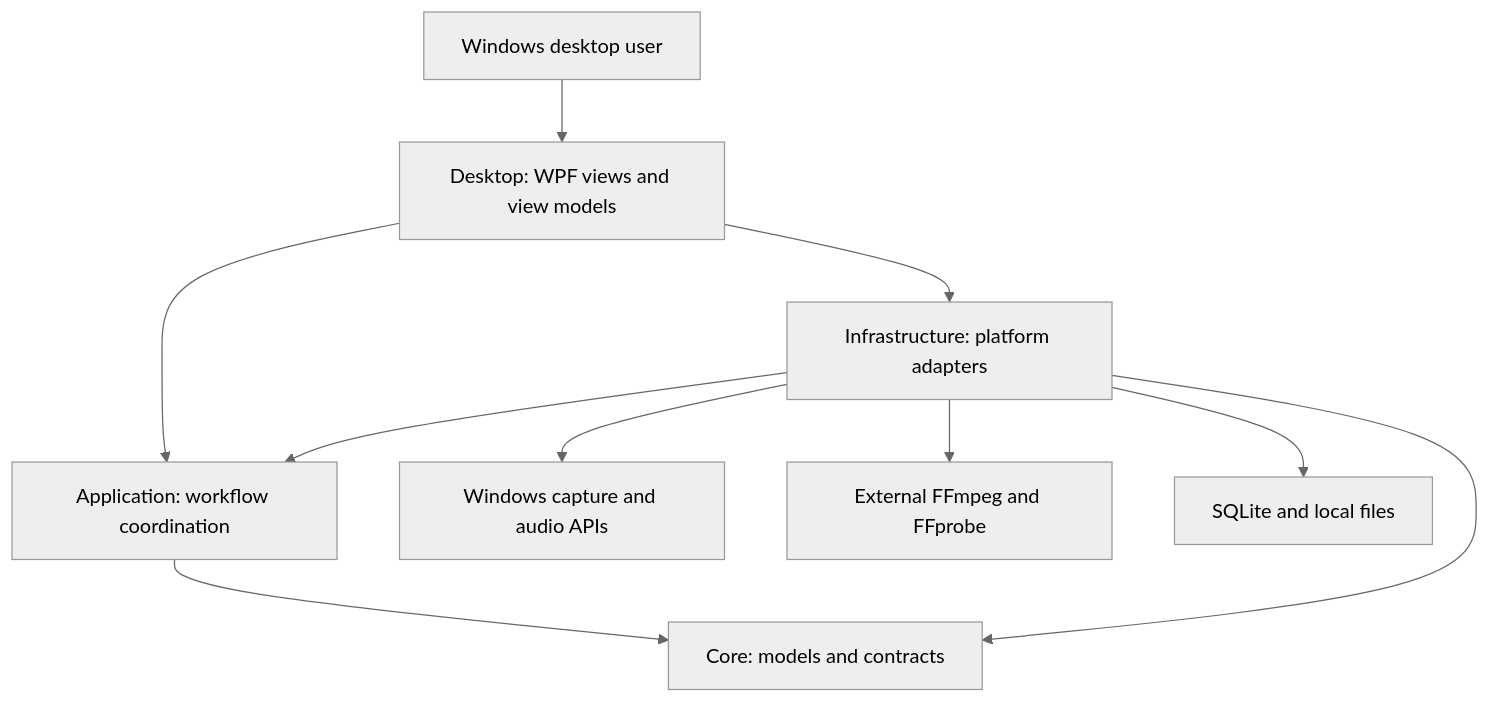
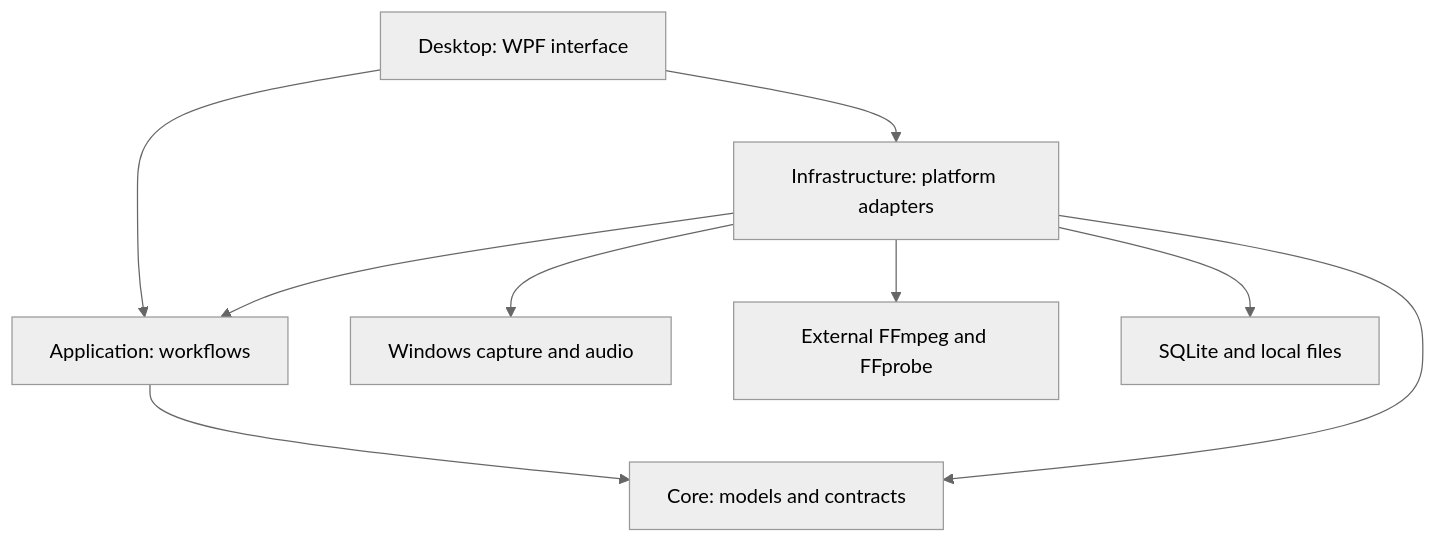
The diagram in README.md (Janith2002/CaptureFlow), drawn with Mermaid (neutral theme) before and after one commit. The commit also changed other lines of this file, not shown here.

Commit message:
docs: polish premium CaptureFlow README presentation

````diff
--- a/README.md
+++ b/README.md
@@ -77,12 +80,11 @@
 ```mermaid
 flowchart TB
-    User[Windows desktop user] --> Desktop[Desktop: WPF views and view models]
-    Desktop --> Application[Application: workflow coordination]
+    Desktop[Desktop: WPF interface] --> Application[Application: workflows]
     Desktop --> Infrastructure[Infrastructure: platform adapters]
     Application --> Core[Core: models and contracts]
     Infrastructure --> Application
     Infrastructure --> Core
-    Infrastructure --> Windows[Windows capture and audio APIs]
+    Infrastructure --> Capture[Windows capture and audio]
     Infrastructure --> Media[External FFmpeg and FFprobe]
     Infrastructure --> Storage[SQLite and local files]
 ```
````
